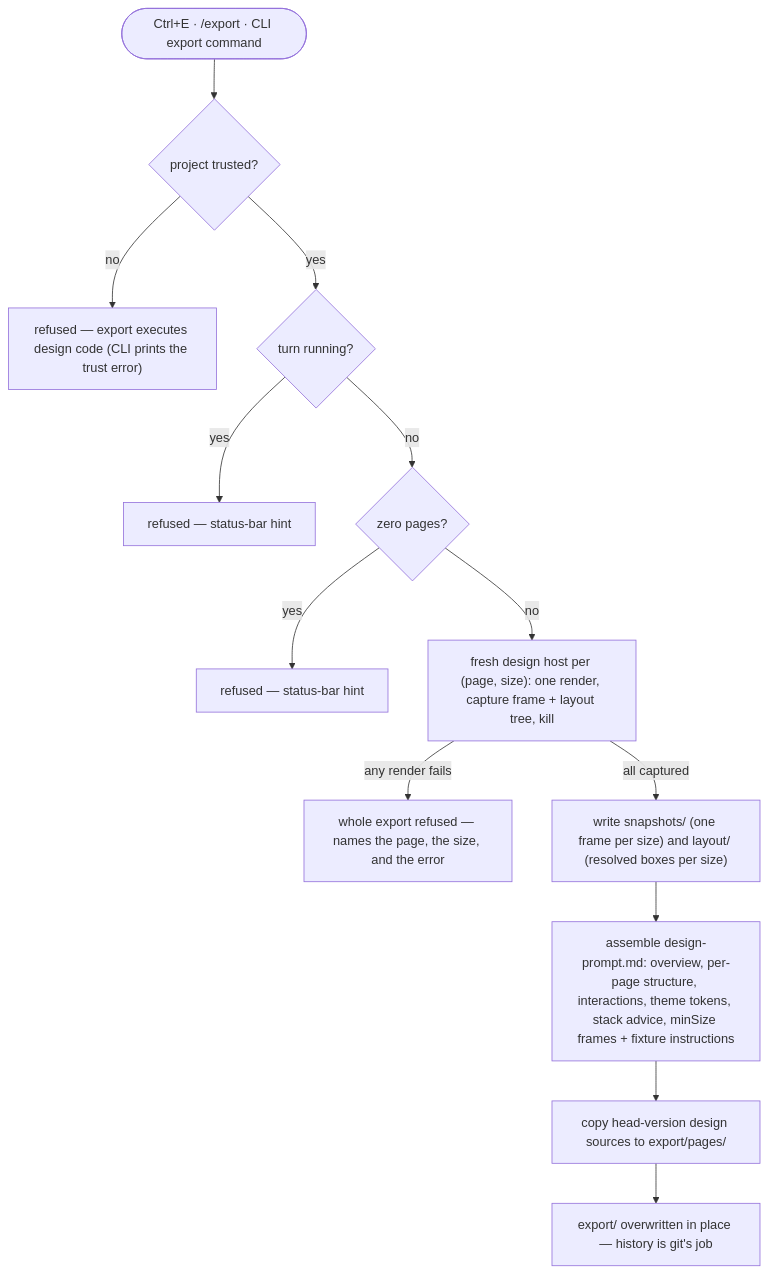
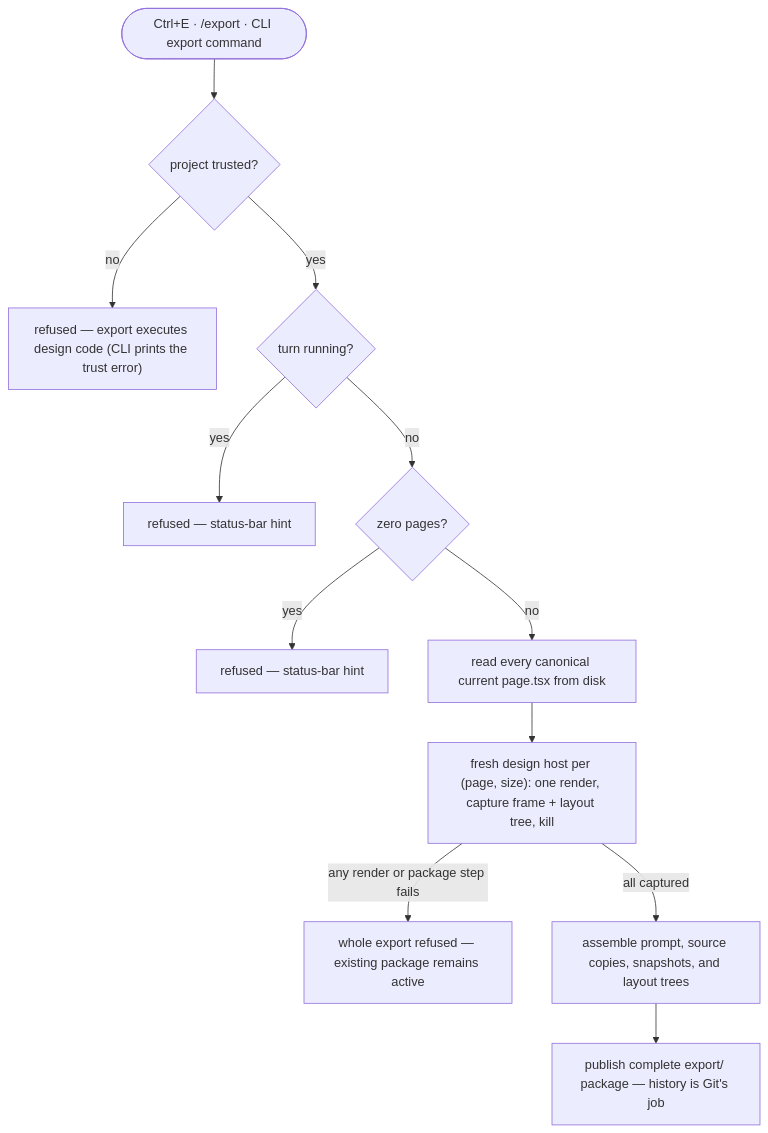
The diagram in docs/architecture/flows/export.md (khmilevoi/termcraft), drawn with Mermaid before and after one commit. The commit also changed other lines of this file and 2 other files, not shown here.

Commit message:
docs(architecture): document Git-backed page history

````diff
--- a/docs/architecture/flows/export.md
+++ b/docs/architecture/flows/export.md
@@ -3,15 +3,14 @@
 ```mermaid
 flowchart TD
     trigger(["Ctrl+E · /export · CLI export command"]) --> trust{"project trusted?"}
     trust -- "no" --> hint0["refused — export executes design code (CLI prints the trust error)"]
     trust -- "yes" --> busy{"turn running?"}
     busy -- "yes" --> hint1["refused — status-bar hint"]
     busy -- "no" --> empty{"zero pages?"}
     empty -- "yes" --> hint2["refused — status-bar hint"]
-    empty -- "no" --> snap["fresh design host per (page, size): one render, capture frame + layout tree, kill"]
-    snap -- "any render fails" --> fail["whole export refused — names the page, the size, and the error"]
-    snap -- "all captured" --> write["write snapshots/ (one frame per size) and layout/ (resolved boxes per size)"]
-    write --> prompt["assemble design-prompt.md: overview, per-page structure, interactions, theme tokens, stack advice, minSize frames + fixture instructions"]
-    prompt --> copy["copy head-version design sources to export/pages/"]
-    copy --> done["export/ overwritten in place — history is git's job"]
+    empty -- "no" --> source["read every canonical current page.tsx from disk"]
+    source --> snap["fresh design host per (page, size): one render, capture frame + layout tree, kill"]
+    snap -- "any render or package step fails" --> fail["whole export refused — existing package remains active"]
+    snap -- "all captured" --> assemble["assemble prompt, source copies, snapshots, and layout trees"]
+    assemble --> publish["publish complete export/ package — history is Git's job"]
 ```
````
